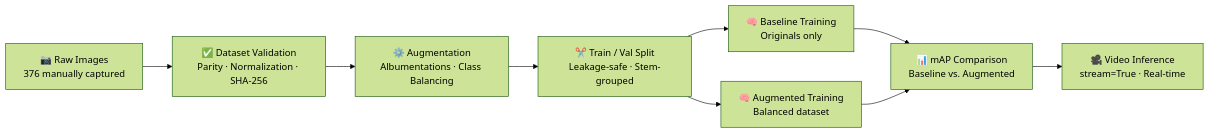
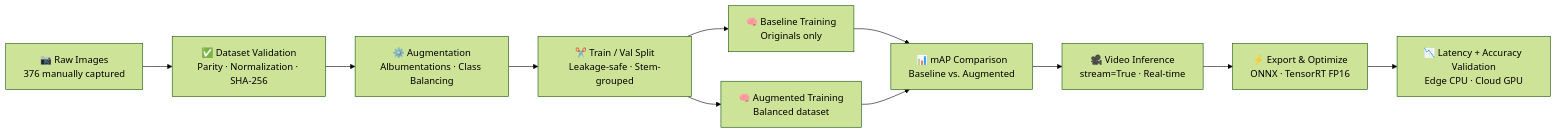
One commit to Demerdashh/bigcola-bottles-quality-control changed the diagram in README.md. Above: the diagram before and after it, drawn with Mermaid (forest theme). The commit also changed other lines of this file and 9 other files, not shown here.

````diff
--- a/README.md
+++ b/README.md
@@ -53,11 +57,13 @@
 ```mermaid
 flowchart LR
     A[📷 Raw Images\n376 manually captured] --> B[✅ Dataset Validation\nParity · Normalization · SHA-256]
     B --> C[⚙️ Augmentation\nAlbumentations · Class Balancing]
     C --> D[✂️ Train / Val Split\nLeakage-safe · Stem-grouped]
     D --> E[🧠 Baseline Training\nOriginals only]
     D --> F[🧠 Augmented Training\nBalanced dataset]
     E --> G[📊 mAP Comparison\nBaseline vs. Augmented]
     F --> G
     G --> H[🎥 Video Inference\nstream=True · Real-time]
+    H --> I[⚡ Export & Optimize\nONNX · TensorRT FP16]
+    I --> J[📉 Latency + Accuracy Validation\nEdge CPU · Cloud GPU]
 ```
````
